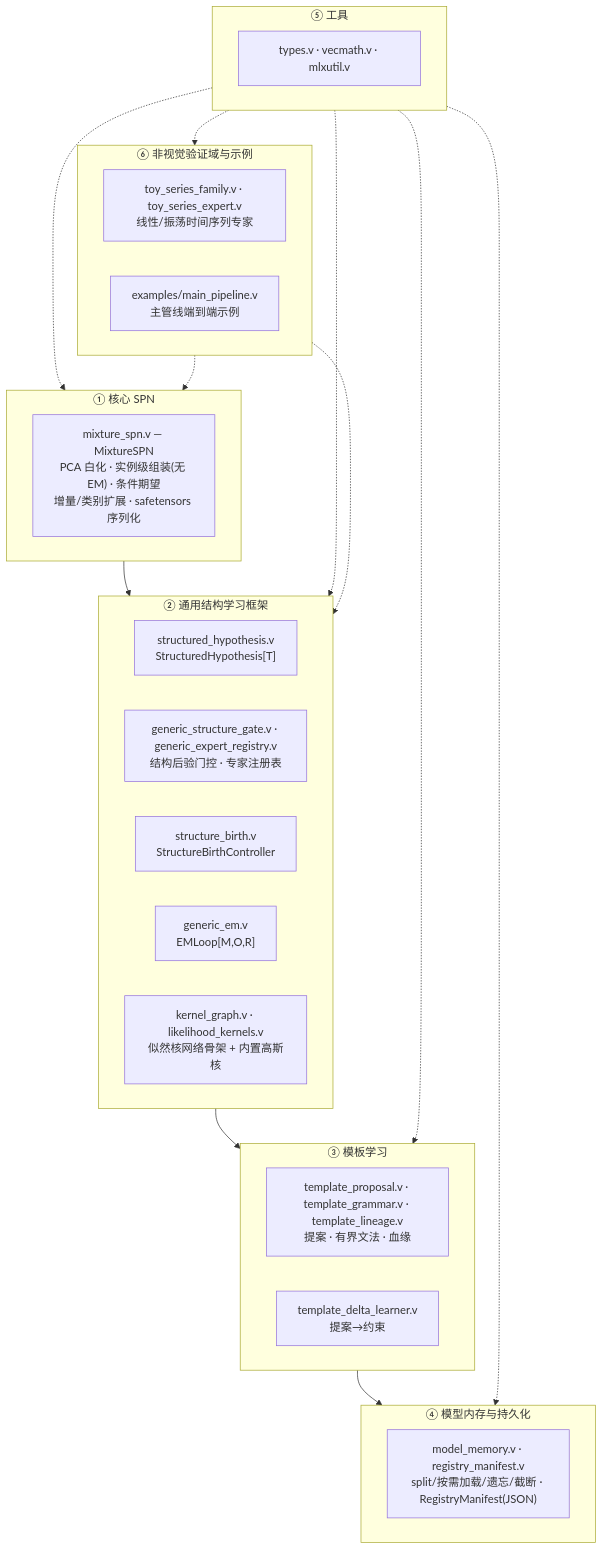
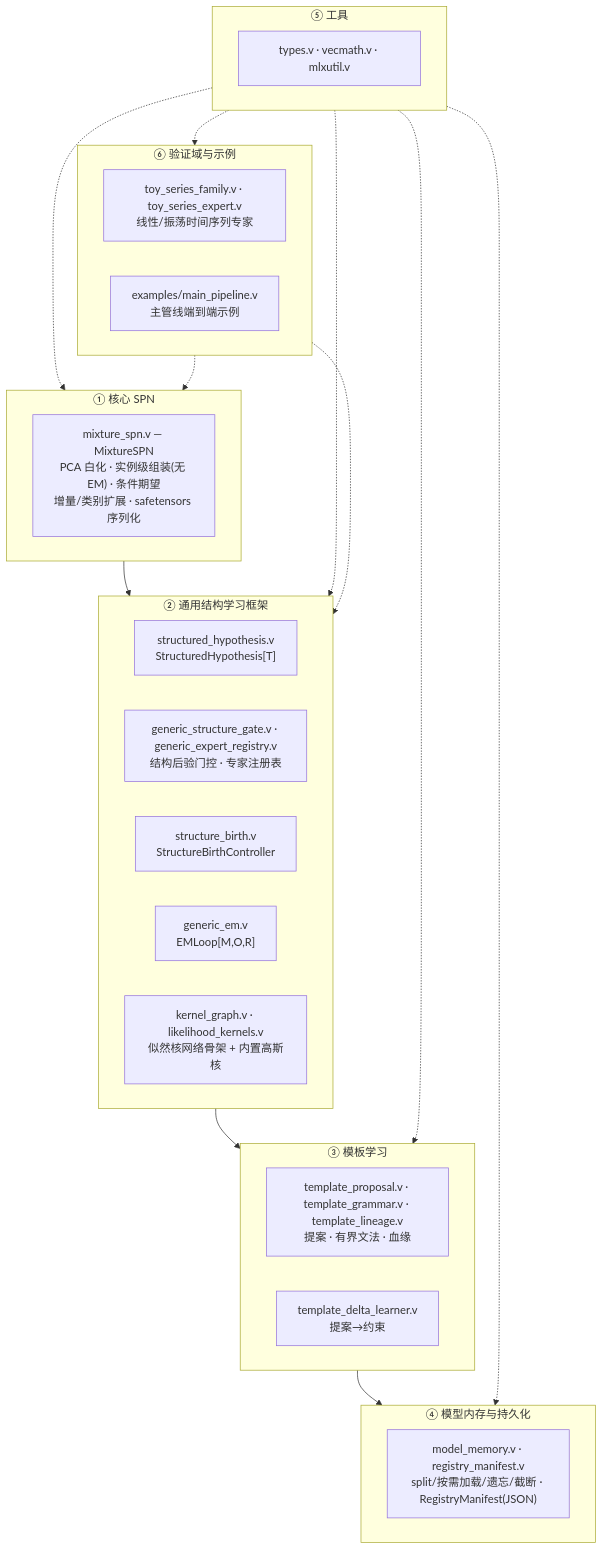
Before and after one commit to aki-xavier/conger: the first of 2 diagrams in README.md, drawn with Mermaid. The commit also changed other lines of this file and 20 other files, not shown here.

````diff
--- a/README.md
+++ b/README.md
@@ -13,30 +11,30 @@
 ```mermaid
 flowchart TD
     subgraph L1["① 核心 SPN"]
         A["mixture_spn.v — MixtureSPN<br/>PCA 白化 · 实例级组装(无 EM) · 条件期望<br/>增量/类别扩展 · safetensors 序列化"]
     end
     subgraph L2["② 通用结构学习框架"]
         B["structured_hypothesis.v<br/>StructuredHypothesis[T]"]
         C["generic_structure_gate.v · generic_expert_registry.v<br/>结构后验门控 · 专家注册表"]
         D["structure_birth.v<br/>StructureBirthController"]
         E["generic_em.v<br/>EMLoop[M,O,R]"]
         K["kernel_graph.v · likelihood_kernels.v<br/>似然核网络骨架 + 内置高斯核"]
     end
     subgraph L3["③ 模板学习"]
         G["template_proposal.v · template_grammar.v · template_lineage.v<br/>提案 · 有界文法 · 血缘"]
         H["template_delta_learner.v<br/>提案→约束"]
     end
     subgraph L4["④ 模型内存与持久化"]
         I["model_memory.v · registry_manifest.v<br/>split/按需加载/遗忘/截断 · RegistryManifest(JSON)"]
     end
     subgraph L5["⑤ 工具"]
         J["types.v · vecmath.v · mlxutil.v"]
     end
-    subgraph L6["⑥ 非视觉验证域与示例"]
+    subgraph L6["⑥ 验证域与示例"]
         T["toy_series_family.v · toy_series_expert.v<br/>线性/振荡时间序列专家"]
         X["examples/main_pipeline.v<br/>主管线端到端示例"]
     end
     L1 --> L2 --> L3 --> L4
     L5 -.-> L1 & L2 & L3 & L4 & L6
     L6 -.-> L1 & L2
 ```
````
